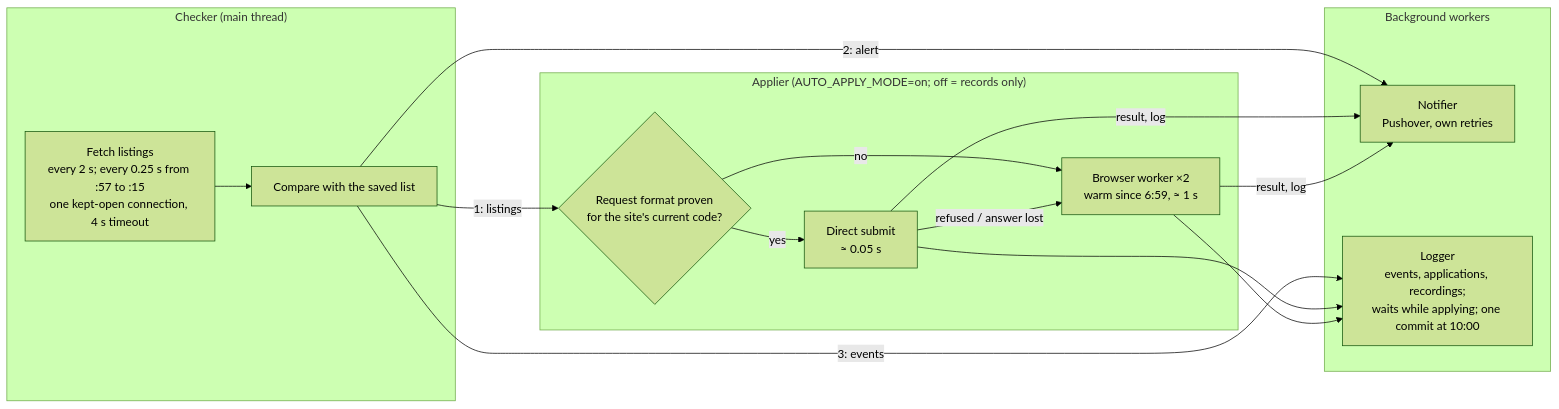
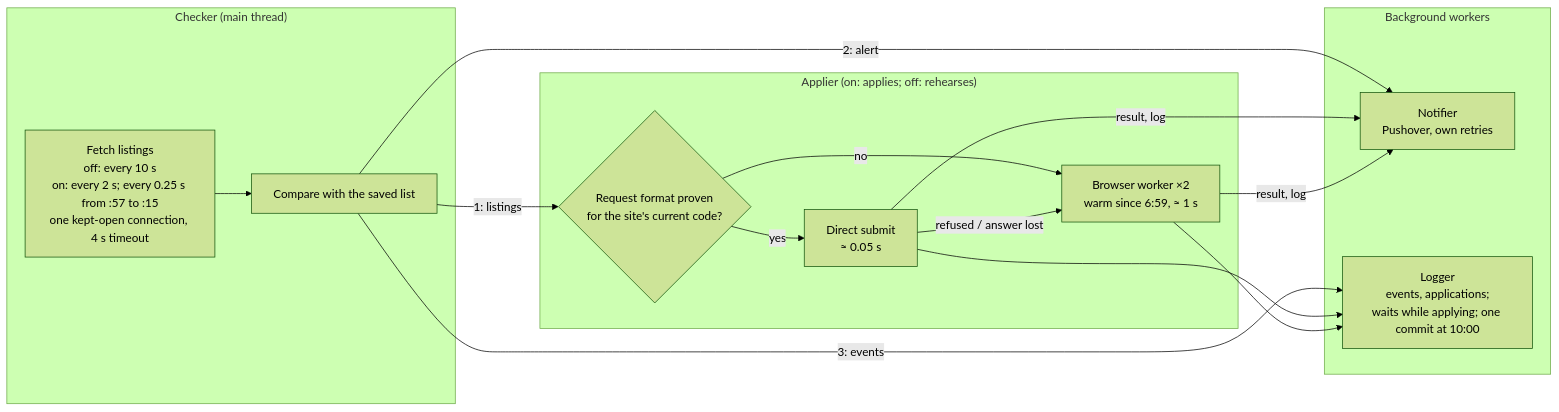
One commit to cshoffmann/stuytown-affordable-housing-watcher changed the first of 2 diagrams in docs/architecture.md. Above: the diagram before and after it, drawn with Mermaid (forest theme). The commit also changed other lines of this file and 6 other files, not shown here.

First line of the commit message:
Auto-apply off: check every 10 s, rehearse the form daily, keep a daily log

````diff
--- a/docs/architecture.md
+++ b/docs/architecture.md
@@ -11,23 +11,23 @@
 ```mermaid
 flowchart LR
     subgraph checker["Checker (main thread)"]
-        P["Fetch listings<br/>every 2 s; every 0.25 s from :57 to :15<br/>one kept-open connection, 4 s timeout"] --> D["Compare with the saved list"]
+        P["Fetch listings<br/>off: every 10 s<br/>on: every 2 s; every 0.25 s from :57 to :15<br/>one kept-open connection, 4 s timeout"] --> D["Compare with the saved list"]
     end
-    subgraph applier["Applier (AUTO_APPLY_MODE=on; off = records only)"]
+    subgraph applier["Applier (on: applies; off: rehearses)"]
         R{"Request format proven<br/>for the site's current code?"}
         R -- yes --> X["Direct submit<br/>≈ 0.05 s"]
         R -- no --> B["Browser worker ×2<br/>warm since 6:59, ≈ 1 s"]
         X -- "refused / answer lost" --> B
     end
     subgraph bg["Background workers"]
         N["Notifier<br/>Pushover, own retries"]
-        L["Logger<br/>events, applications, recordings;<br/>waits while applying; one commit at 10:00"]
+        L["Logger<br/>events, applications;<br/>waits while applying; one commit at 10:00"]
     end
     D -- "1: listings" --> R
     D -- "2: alert" --> N
     D -- "3: events" --> L
     X -- "result, log" --> N
     B -- "result, log" --> N
     X --> L
     B --> L
 ```
````
